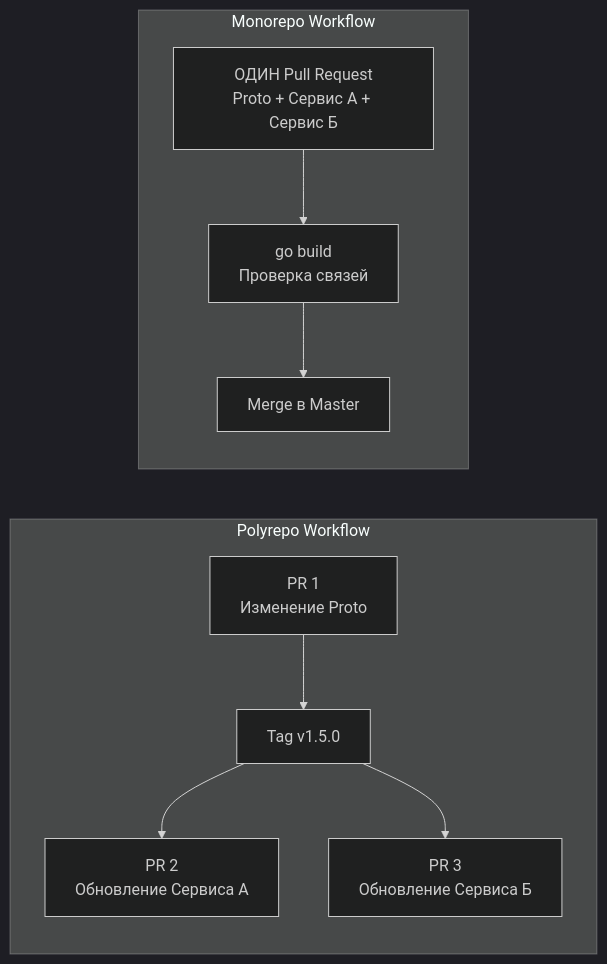
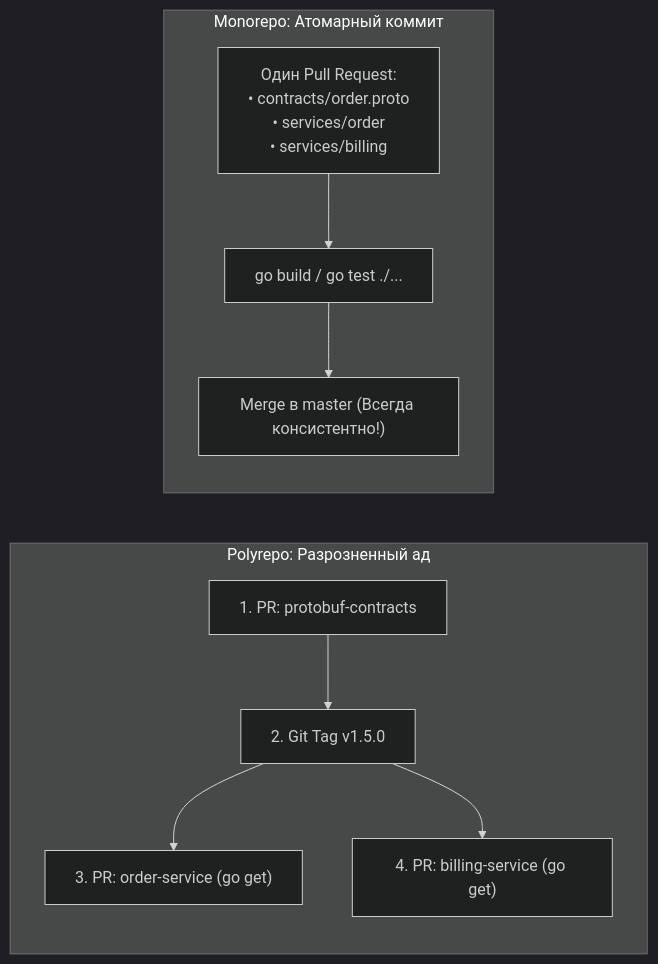
The second of 2 diagrams in sources/14. Распределенные системы на Go/08. Практика/3. Monorepo vs polyrepo.md (UnrealTemplier/go-textbook), drawn with Mermaid (dark theme) before and after one commit. The commit also changed other lines of this file, not shown here.

Commit message:
feat(module-14): editorial rewrite of lecture 3 (Monorepo vs polyrepo) in Subsection 8 in Kernighan style

````diff
--- a/sources/14. Распределенные системы на Go/08. Практика/3. Monorepo vs polyrepo.md
+++ b/sources/14. Распределенные системы на Go/08. Практика/3. Monorepo vs polyrepo.md
@@ -57,13 +93,16 @@
 ```mermaid
 flowchart LR
-    subgraph Polyrepo ["Polyrepo Workflow"]
-        PR1["PR 1<br>Изменение Proto"] --> Tag["Tag v1.5.0"]
-        Tag --> PR2["PR 2<br>Обновление Сервиса А"]
-        Tag --> PR3["PR 3<br>Обновление Сервиса Б"]
+    subgraph PolyrepoWorkflow["Polyrepo: Разрозненный ад"]
+        P1["1. PR: protobuf-contracts"] --> Tag["2. Git Tag v1.5.0"]
+        Tag --> P2["3. PR: order-service (go get)"]
+        Tag --> P3["4. PR: billing-service (go get)"]
     end
-    
-    subgraph Monorepo ["Monorepo Workflow"]
-        AtomicPR["ОДИН Pull Request<br>Proto + Сервис А + Сервис Б"] --> Compiler["go build<br>Проверка связей"]
-        Compiler --> Merge["Merge в Master"]
+
+    subgraph MonorepoWorkflow["Monorepo: Атомарный коммит"]
+        AtomicPR["Один Pull Request:\n• contracts/order.proto\n• services/order\n• services/billing"]
+        Compiler["go build / go test ./..."]
+        Merge["Merge в master (Всегда консистентно!)"]
+        
+        AtomicPR --> Compiler --> Merge
     end
 ```
````
